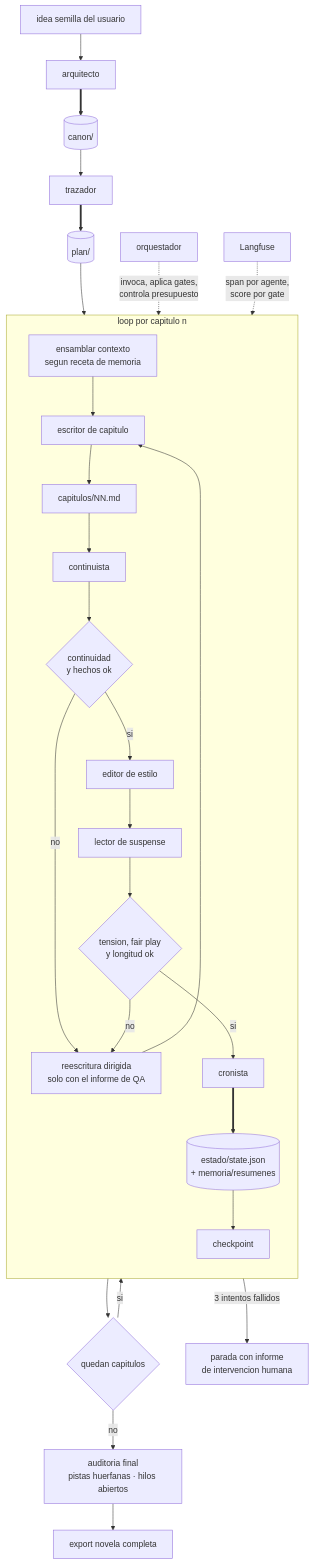
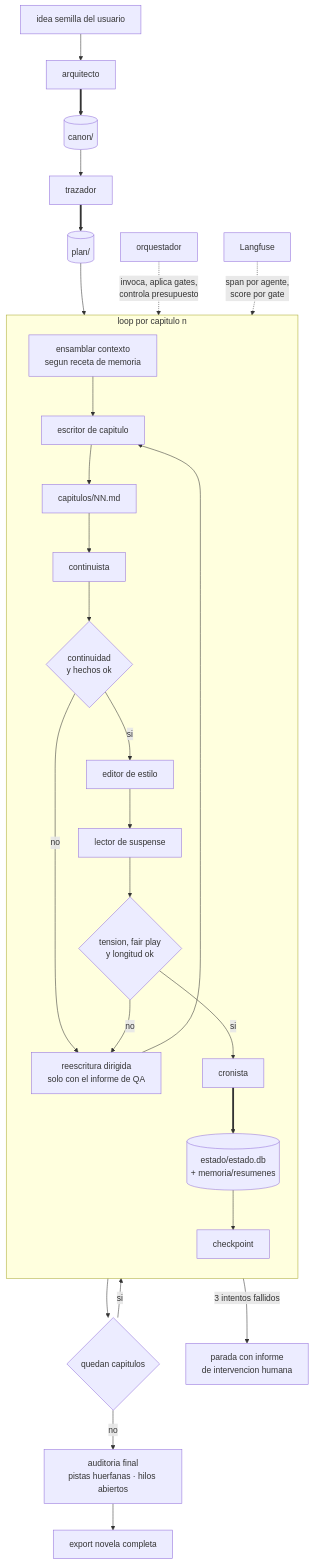
The fourth of 6 diagrams in docs/domain-knowledge.md (4rtuz/story-maker), drawn with Mermaid before and after one commit. The commit also changed other lines of this file and 5 other files, not shown here.

````diff
--- a/docs/domain-knowledge.md
+++ b/docs/domain-knowledge.md
@@ -230,36 +230,36 @@
 ```mermaid
 flowchart TD
     S["idea semilla del usuario"] --> ARQ["arquitecto"]
     ARQ ==> CAN[("canon/")]
     CAN --> TRZ["trazador"]
     TRZ ==> PLN[("plan/")]
     PLN --> ENS
 
     subgraph LOOP["loop por capitulo n"]
         direction TB
         ENS["ensamblar contexto<br/>segun receta de memoria"]
         ENS --> ESC["escritor de capitulo"]
         ESC --> CAP["capitulos/NN.md"]
         CAP --> CON["continuista"]
         CON --> G1{"continuidad<br/>y hechos ok"}
         G1 -->|no| FIX["reescritura dirigida<br/>solo con el informe de QA"]
         FIX --> ESC
         G1 -->|si| EDI["editor de estilo"]
         EDI --> LEC["lector de suspense"]
         LEC --> G2{"tension, fair play<br/>y longitud ok"}
         G2 -->|no| FIX
         G2 -->|si| CRO["cronista"]
-        CRO ==> UPD[("estado/state.json<br/>+ memoria/resumenes")]
+        CRO ==> UPD[("estado/estado.db<br/>+ memoria/resumenes")]
         UPD --> CKP["checkpoint"]
     end
 
     CKP --> G3{"quedan capitulos"}
     G3 -->|si| ENS
     G3 -->|no| AUD["auditoria final<br/>pistas huerfanas · hilos abiertos"]
     AUD --> EXP["export novela completa"]
 
     ORQ["orquestador"] -.->|"invoca, aplica gates,<br/>controla presupuesto"| LOOP
     LF["Langfuse"] -.->|"span por agente,<br/>score por gate"| LOOP
 
     FIX -->|"3 intentos fallidos"| HALT["parada con informe<br/>de intervencion humana"]
 ```
````
